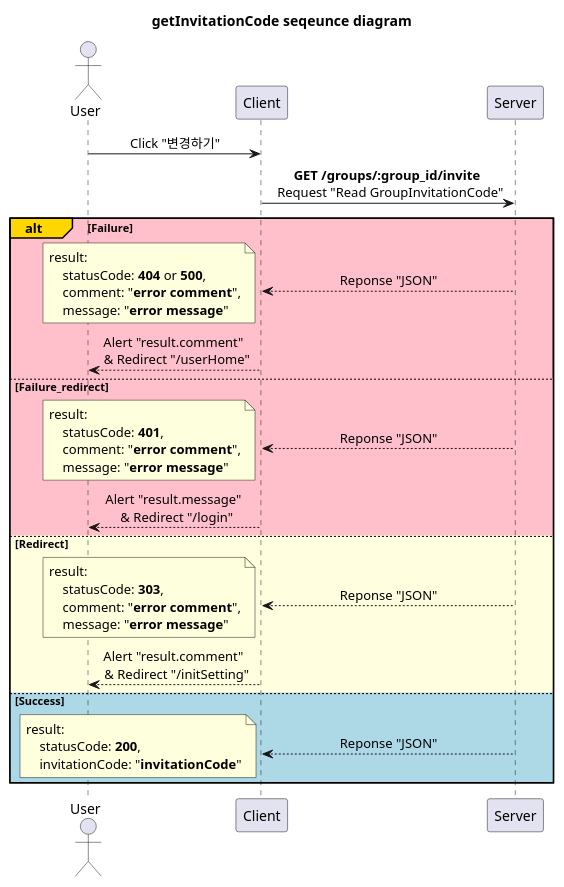
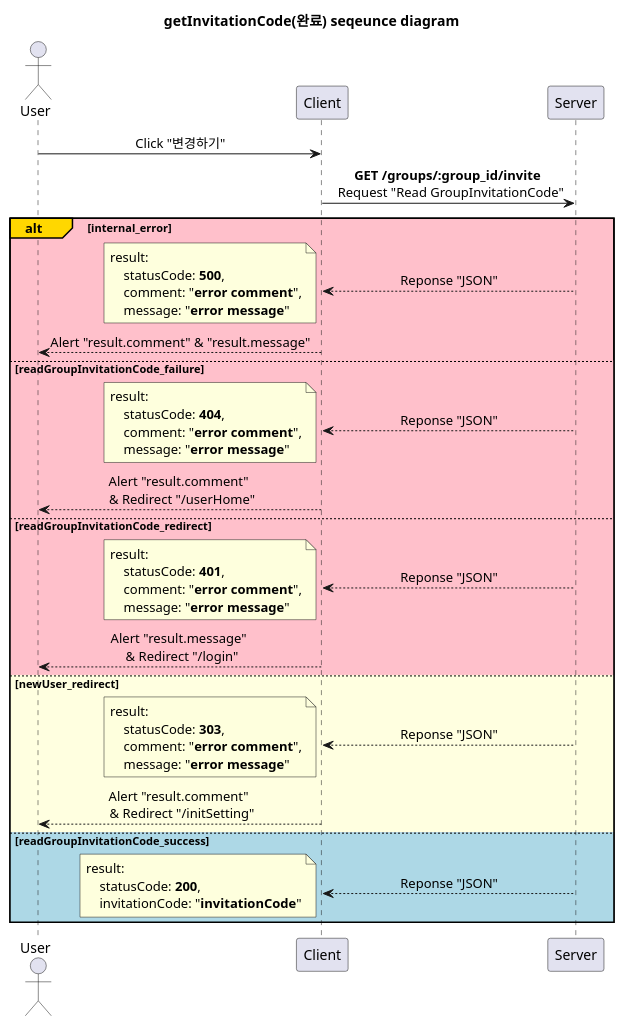
The diagram in diagram/editGroup_page/getInvitationCode.puml (devSeungBin/SSCS), drawn with PlantUML before and after one commit. The commit also changed 15 other files, not shown here.

```diff
--- a/diagram/editGroup_page/getInvitationCode.puml
+++ b/diagram/editGroup_page/getInvitationCode.puml
@@ -1,55 +1,65 @@
-@startuml getInvitationCode
+@startuml getInvitationCode(완료)
 'http://localhost:3000/editGroup/:id
 
-title getInvitationCode seqeunce diagram
+title getInvitationCode(완료) seqeunce diagram
 
 skinparam SequenceMessageAlignment center
 
 participant Server order 30
 participant Client order 20
 actor User order 10
 
 User -> Client: Click "변경하기"
 
 Client -> Server: **GET /groups/:group_id/invite** \n Request "Read GroupInvitationCode"
 
-alt#Gold #Pink Failure
+alt#Gold #Pink internal_error
     Client <-- Server: Reponse "JSON"
     note left
         result:
-            statusCode: **404** or **500**,
+            statusCode: **500**,
+            comment: "**error comment**",
+            message: "**error message**"
+    end note
+    User <-- Client: Alert "result.comment" & "result.message"
+
+else #Pink readGroupInvitationCode_failure
+    Client <-- Server: Reponse "JSON"
+    note left
+        result:
+            statusCode: **404**,
             comment: "**error comment**",
             message: "**error message**"
     end note
     User <-- Client: Alert "result.comment" \n & Redirect "/userHome"
 
-else #Pink Failure_redirect
+else #Pink readGroupInvitationCode_redirect
     Client <-- Server: Reponse "JSON"
     note left
         result:
             statusCode: **401**,
             comment: "**error comment**",
             message: "**error message**"
     end note
     User <-- Client: Alert "result.message" \n & Redirect "/login"
 
-else #LightYellow Redirect
+else #LightYellow newUser_redirect
     Client <-- Server: Reponse "JSON"
     note left
         result:
             statusCode: **303**,
             comment: "**error comment**",
             message: "**error message**"
     end note
     User <-- Client: Alert "result.comment" \n & Redirect "/initSetting"
 
-else #LightBlue Success
+else #LightBlue readGroupInvitationCode_success
     Client <-- Server: Reponse "JSON"
     note left
         result:
             statusCode: **200**,
             invitationCode: "**invitationCode**"
     end note
 end
 
 @enduml
```
